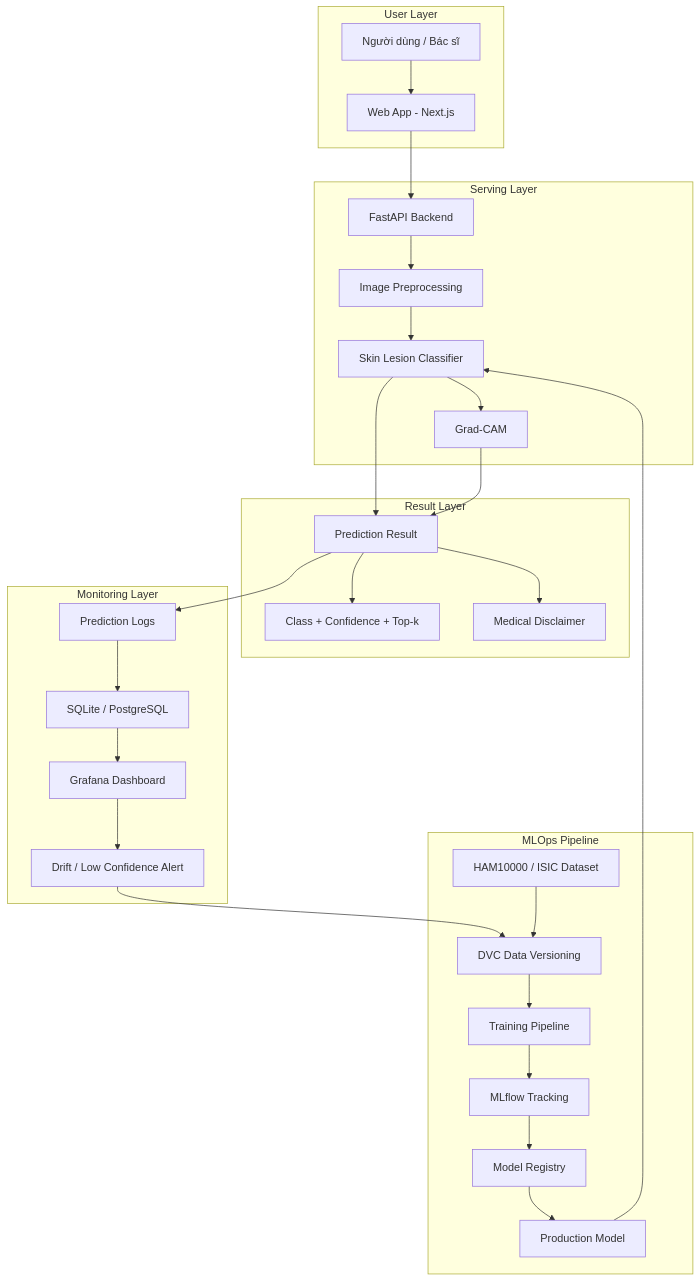
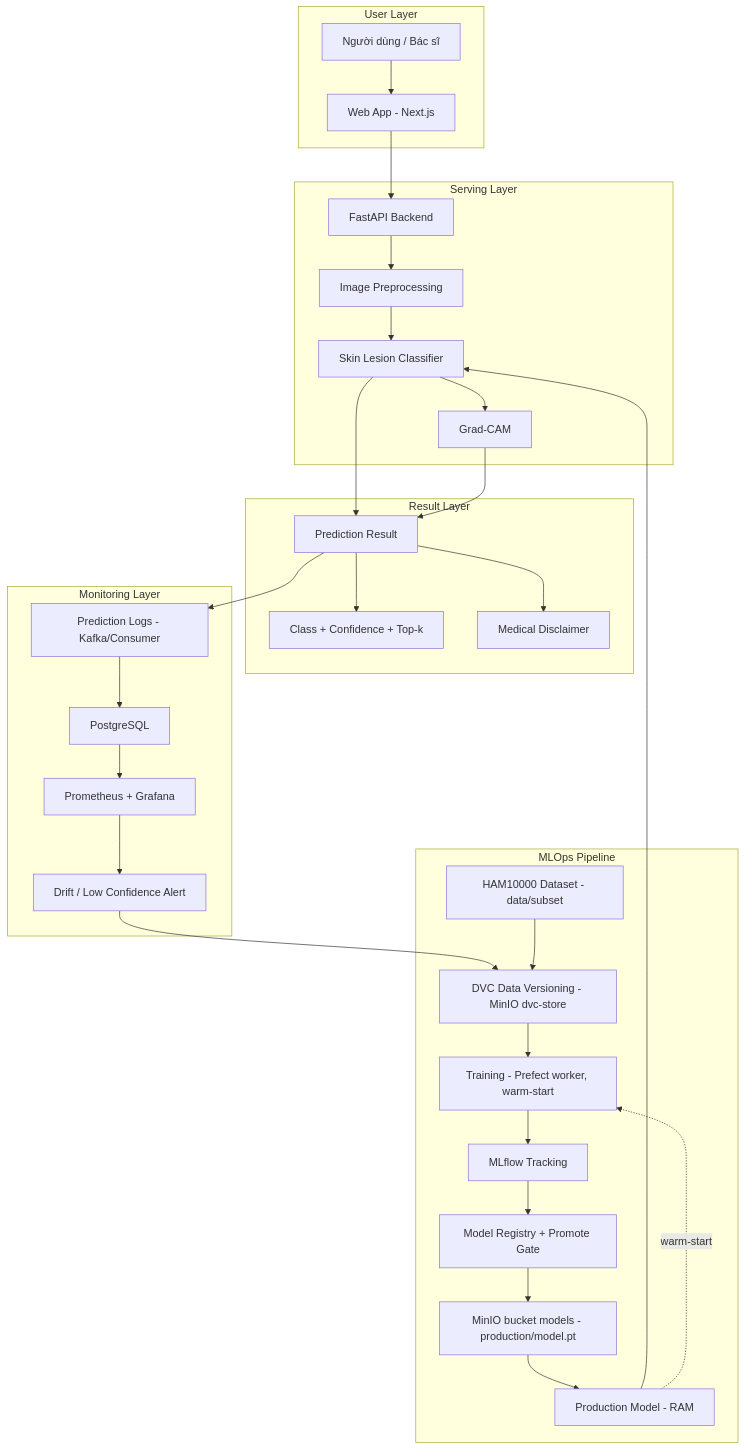
Before and after one commit to HaTranThai/derma-mlops: the fourth of 4 diagrams in docs/plan.md, drawn with Mermaid. The commit also changed other lines of this file and 4 other files, not shown here.

Commit message:
docs: đồng bộ tài liệu với hệ thống (serving MinIO, ingest, gate, sửa mermaid)

````diff
--- a/docs/plan.md
+++ b/docs/plan.md
@@ -532,59 +535,62 @@
 ```mermaid
 flowchart TD
     subgraph UserLayer[User Layer]
         A[Người dùng / Bác sĩ]
         B[Web App - Next.js]
     end
 
     subgraph ServingLayer[Serving Layer]
         C[FastAPI Backend]
         D[Image Preprocessing]
         E[Skin Lesion Classifier]
         F[Grad-CAM]
     end
 
     subgraph ResultLayer[Result Layer]
         G[Prediction Result]
         H[Class + Confidence + Top-k]
         I[Medical Disclaimer]
     end
 
     subgraph MonitoringLayer[Monitoring Layer]
-        J[Prediction Logs]
-        K[SQLite / PostgreSQL]
-        L[Grafana Dashboard]
+        J[Prediction Logs - Kafka/Consumer]
+        K[PostgreSQL]
+        L[Prometheus + Grafana]
         M[Drift / Low Confidence Alert]
     end
 
     subgraph MLOpsLayer[MLOps Pipeline]
-        N[HAM10000 / ISIC Dataset]
-        O[DVC Data Versioning]
-        P[Training Pipeline]
+        N[HAM10000 Dataset - data/subset]
+        O[DVC Data Versioning - MinIO dvc-store]
+        P[Training - Prefect worker, warm-start]
         Q[MLflow Tracking]
-        R[Model Registry]
-        S[Production Model]
+        R[Model Registry + Promote Gate]
+        T[MinIO bucket models - production/model.pt]
+        S[Production Model - RAM]
     end
 
     A --> B
     B --> C
     C --> D
     D --> E
     E --> F
     E --> G
     F --> G
     G --> H
     G --> I
 
     G --> J
     J --> K
     K --> L
     L --> M
 
     M --> O
     N --> O
     O --> P
     P --> Q
     Q --> R
-    R --> S
+    R --> T
+    T --> S
     S --> E
+    S -.warm-start.-> P
 ```
````
